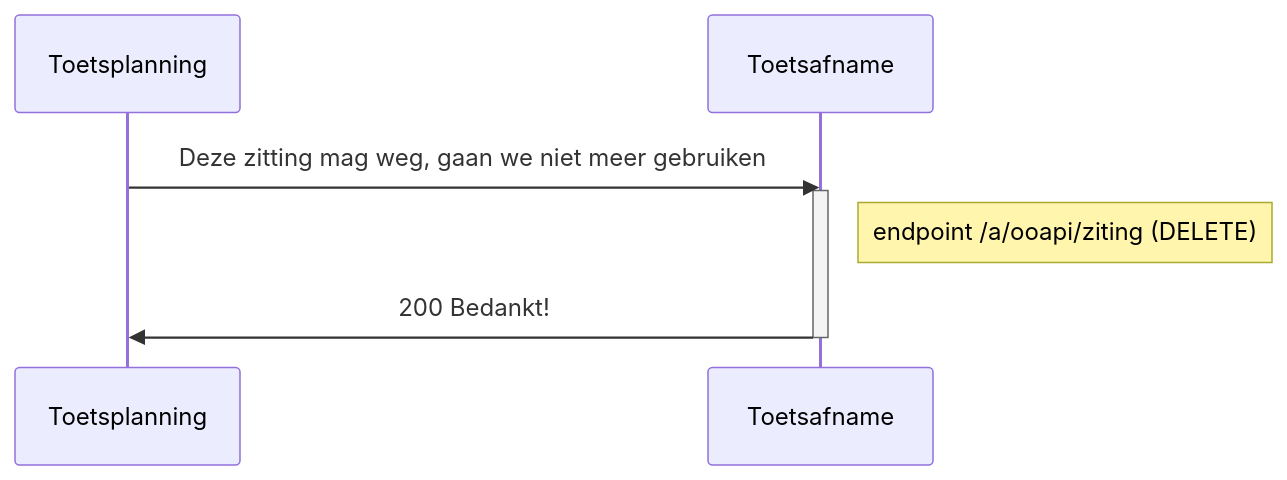
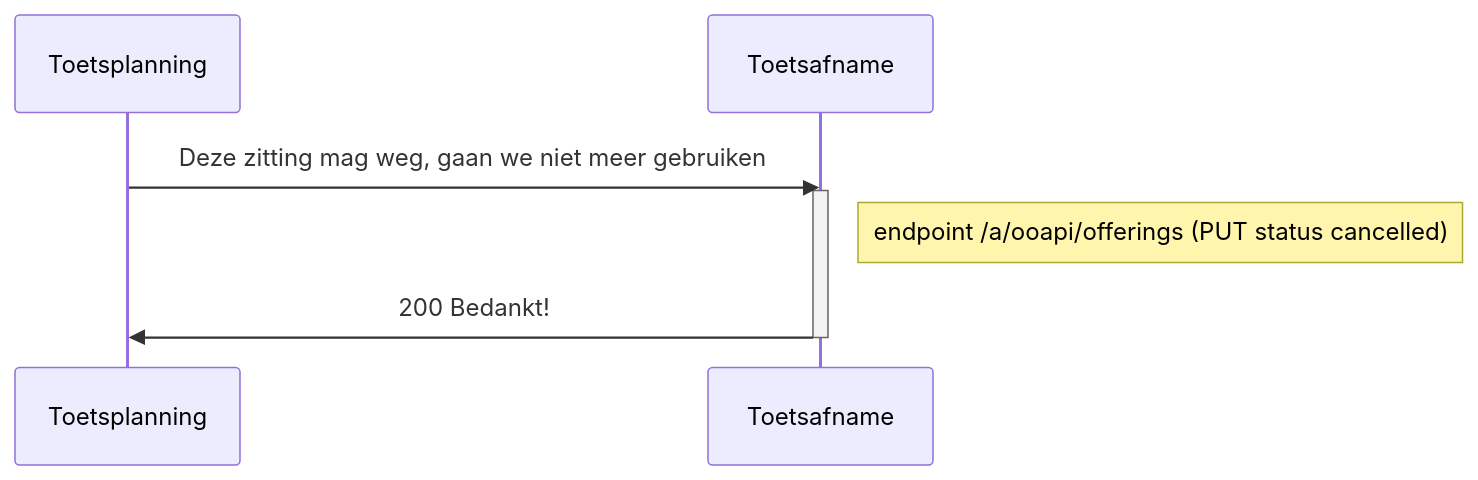
Before and after one commit to NetwerkExamineringDigitalisering/NED-OOAPI: the fifth of 5 diagrams in doc/diagrams/flow2.md, drawn with Mermaid. The commit also changed other lines of this file, not shown here.

````diff
--- a/doc/diagrams/flow2.md
+++ b/doc/diagrams/flow2.md
@@ -69,8 +148,8 @@
 ```mermaid
 sequenceDiagram
     Toetsplanning->>Toetsafname: Deze zitting mag weg, gaan we niet meer gebruiken
     activate Toetsafname
-    Note right of Toetsafname: endpoint /a/ooapi/ziting (DELETE)
+    Note right of Toetsafname: endpoint /a/ooapi/offerings (PUT status cancelled)
     Toetsafname->>Toetsplanning: 200 Bedankt!
     deactivate Toetsafname
 ```
````
